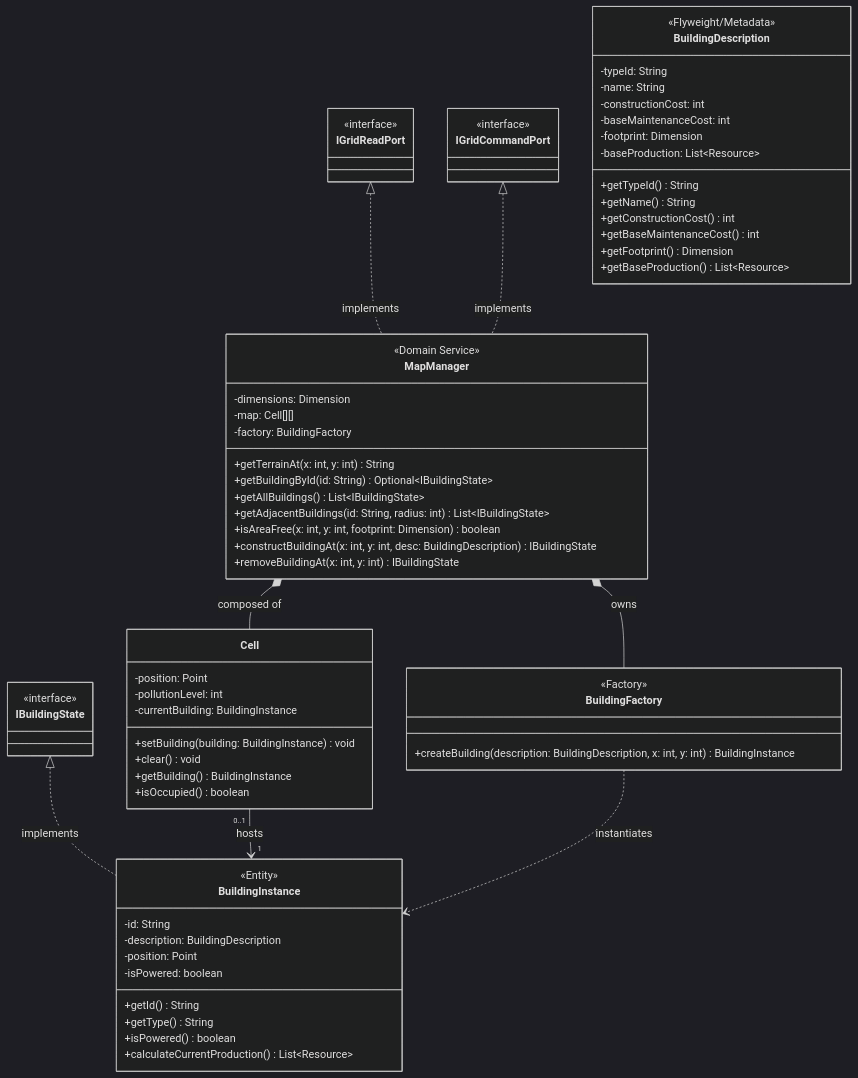
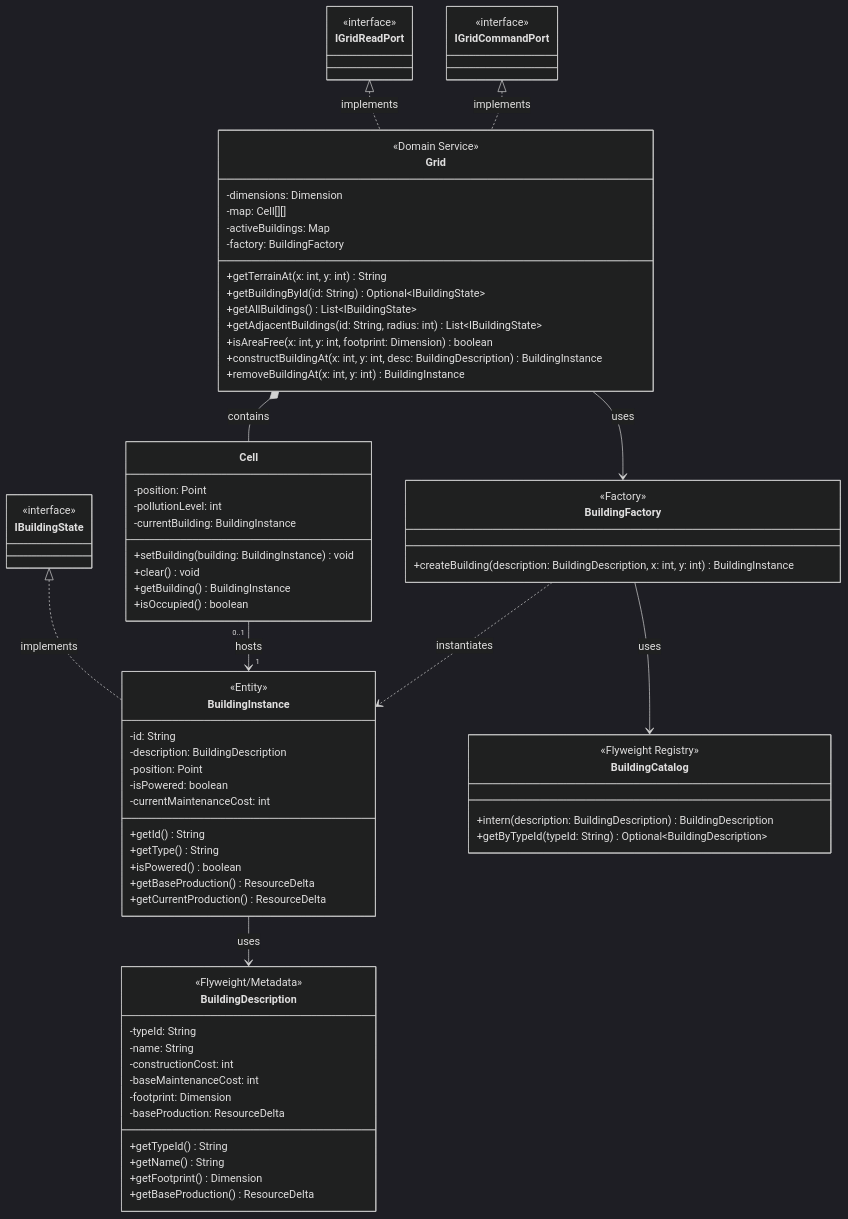
One commit to LeonardoBellan/CityLogic changed the diagram in docs/Design Class Diagrams/mapDomain.md. Above: the diagram before and after it, drawn with Mermaid (dark theme). The commit also changed 6 other files, not shown here.

````diff
--- a/docs/Design Class Diagrams/mapDomain.md
+++ b/docs/Design Class Diagrams/mapDomain.md
@@ -2,26 +2,24 @@
 classDiagram
 direction TB
 
-    %% External Interfaces (Defined in SharedContracts)
+    %% External interfaces used by the current implementation
     class IGridReadPort { <<interface>> }
     class IGridCommandPort { <<interface>> }
     class IBuildingState { <<interface>> }
 
-    %% ==========================================
-    %% MAP DOMAIN CORE
-    %% ==========================================
-    class MapManager {
+    class Grid {
         <<Domain Service>>
         -dimensions: Dimension
         -map: Cell[][]
+        -activeBuildings: Map<String, BuildingInstance>
         -factory: BuildingFactory
         +getTerrainAt(x: int, y: int) String
         +getBuildingById(id: String) Optional~IBuildingState~
         +getAllBuildings() List~IBuildingState~
         +getAdjacentBuildings(id: String, radius: int) List~IBuildingState~
         +isAreaFree(x: int, y: int, footprint: Dimension) boolean
-        +constructBuildingAt(x: int, y: int, desc: BuildingDescription) IBuildingState
-        +removeBuildingAt(x: int, y: int) IBuildingState
+        +constructBuildingAt(x: int, y: int, desc: BuildingDescription) BuildingInstance
+        +removeBuildingAt(x: int, y: int) BuildingInstance
     }
 
     class BuildingInstance {
@@ -30,10 +28,12 @@
         -description: BuildingDescription
         -position: Point
         -isPowered: boolean
+        -currentMaintenanceCost: int
         +getId() String
         +getType() String
         +isPowered() boolean
-        +calculateCurrentProduction() List~Resource~
+        +getBaseProduction() ResourceDelta
+        +getCurrentProduction() ResourceDelta
     }
 
     class Cell {
@@ -53,13 +53,11 @@
         -constructionCost: int
         -baseMaintenanceCost: int
         -footprint: Dimension
-        -baseProduction: List~Resource~
+        -baseProduction: ResourceDelta
         +getTypeId() String
         +getName() String
-        +getConstructionCost() int
-        +getBaseMaintenanceCost() int
         +getFootprint() Dimension
-        +getBaseProduction() List~Resource~
+        +getBaseProduction() ResourceDelta
     }
 
     class BuildingFactory {
@@ -67,13 +65,21 @@
         +createBuilding(description: BuildingDescription, x: int, y: int) BuildingInstance
     }
 
+    class BuildingCatalog {
+        <<Flyweight Registry>>
+        +intern(description: BuildingDescription) BuildingDescription
+        +getByTypeId(typeId: String) Optional~BuildingDescription~
+    }
+
     %% Relations
-    IGridReadPort <|.. MapManager : implements
-    IGridCommandPort <|.. MapManager : implements
+    IGridReadPort <|.. Grid : implements
+    IGridCommandPort <|.. Grid : implements
     IBuildingState <|.. BuildingInstance : implements
 
-    MapManager *-- Cell : composed of
-    MapManager *-- BuildingFactory : owns
+    Grid *-- Cell : contains
+    Grid --> BuildingFactory : uses
+    BuildingFactory --> BuildingCatalog : uses
     Cell "0..1" --> "1" BuildingInstance : hosts
     BuildingFactory ..> BuildingInstance : instantiates
+    BuildingInstance --> BuildingDescription : uses
 ```
````
